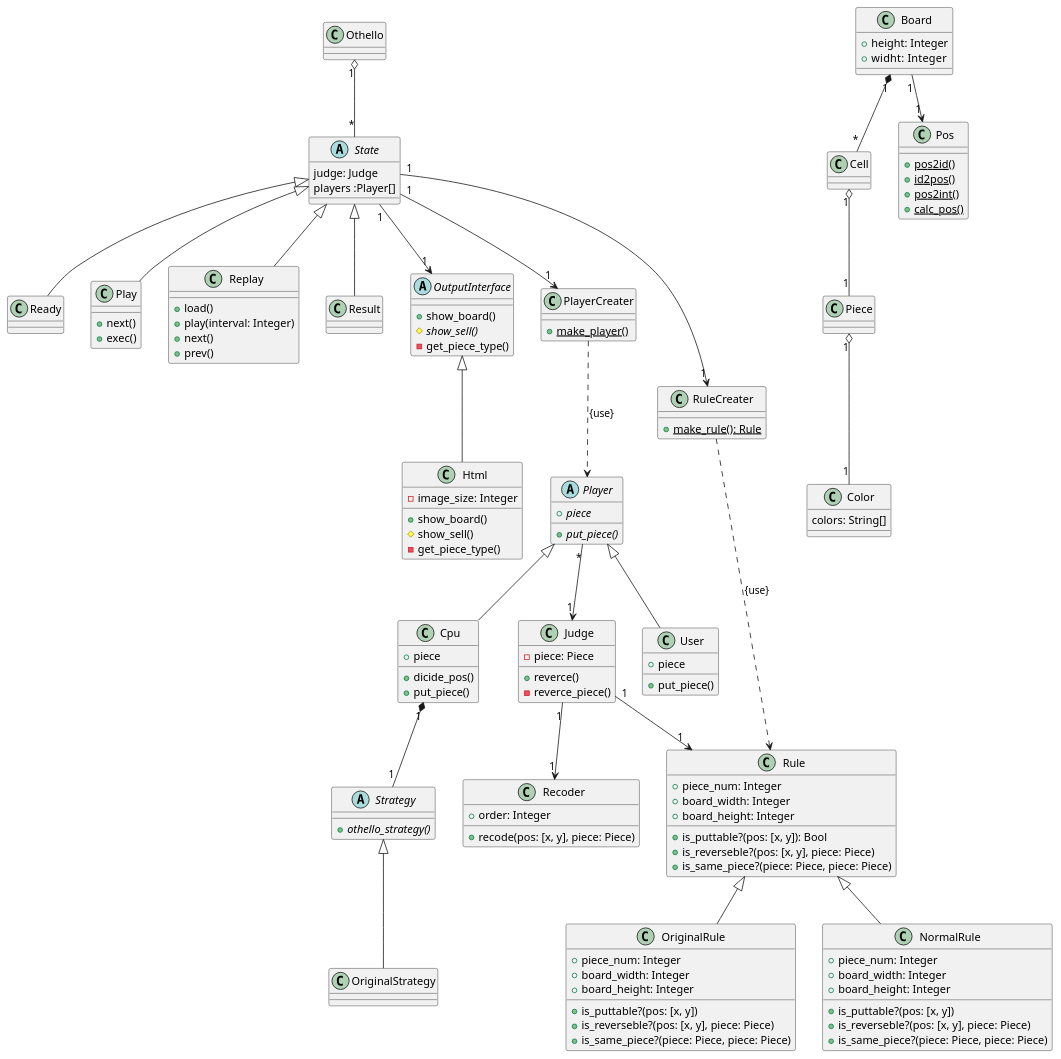
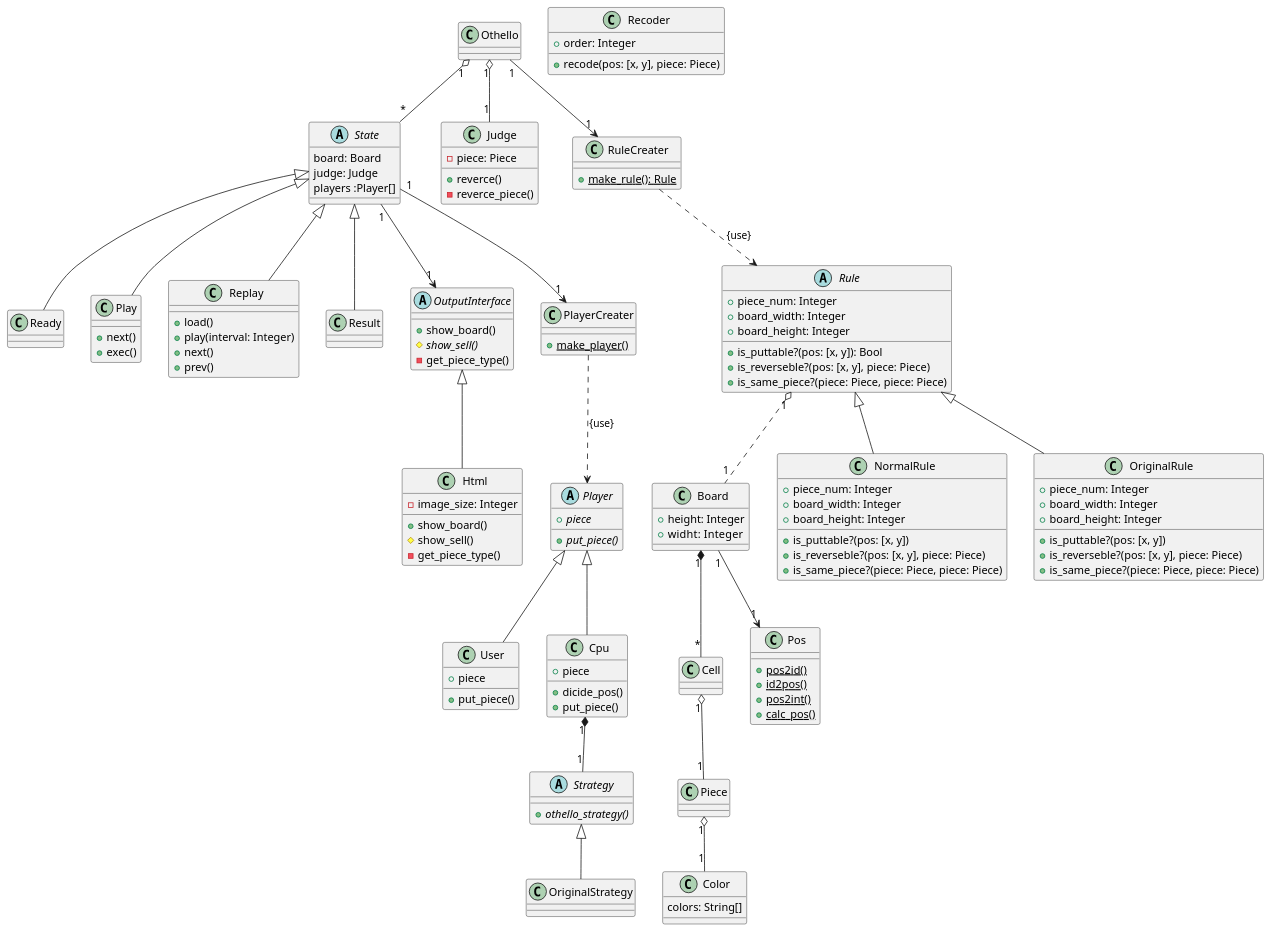
Before and after one commit to MaxMEllon/AppBox: the diagram in uml/othello.pu, drawn with PlantUML. The commit also changed 1 other file, not shown here.

Commit message:
edit: uml

```diff
--- a/uml/othello.pu
+++ b/uml/othello.pu
@@ -1,182 +1,182 @@
 @startuml{othello.png}
 
 class Othello {
 }
 
 abstract State {
+  board: Board
   judge: Judge
   players :Player[]
 }
 
 class Board {
   +height: Integer
   +widht:  Integer
 }
 
 class Cell {
 }
 
 class Piece {
 }
 
 class Piece {
 }
 
 class Color {
   colors: String[]
 }
 
 class Pos {
   +{static} pos2id()
   +{static} id2pos()
   +{static} pos2int()
   +{static} calc_pos()
 }
 
 class Ready {
 }
 
 class Play {
   +next()
   +exec()
 }
 
 class Replay {
   +load()
   +play(interval: Integer)
   +next()
   +prev()
 }
 
 class Result {
 }
 
 ' Outputinterface {{{
 abstract OutputInterface {
   +show_board()
   #{abstract} show_sell()
   -get_piece_type()
 }
 
 class Html {
   -image_size: Integer
 
   +show_board()
   #show_sell()
   -get_piece_type()
 }
 ' }}}
 
 ' Player {{{
 abstract Player {
   +{abstract} piece
   +{abstract} put_piece()
 }
 
 class User {
   +piece
   +put_piece()
 }
 
 class Cpu {
   +piece
   +dicide_pos()
   +put_piece()
 }
 
 abstract Strategy {
   +{abstract} othello_strategy()
 }
 class OriginalStrategy {
 
 }
 
 class PlayerCreater {
   +{static} make_player()
 }
 ' }}}
 
 class Judge {
   -piece: Piece
   +reverce()
   -reverce_piece()
 }
 
 ' Rule {{{
-class Rule {
+abstract Rule {
   +piece_num: Integer
   +board_width: Integer
   +board_height: Integer
 
   +is_puttable?(pos: [x, y]): Bool
   +is_reverseble?(pos: [x, y], piece: Piece)
   +is_same_piece?(piece: Piece, piece: Piece)
 }
 
 class NormalRule {
   +piece_num: Integer
   +board_width: Integer
   +board_height: Integer
 
   +is_puttable?(pos: [x, y])
   +is_reverseble?(pos: [x, y], piece: Piece)
   +is_same_piece?(piece: Piece, piece: Piece)
 }
 
 class OriginalRule {
   +piece_num: Integer
   +board_width: Integer
   +board_height: Integer
 
   +is_puttable?(pos: [x, y])
   +is_reverseble?(pos: [x, y], piece: Piece)
   +is_same_piece?(piece: Piece, piece: Piece)
 }
 
 class Recoder {
   +order: Integer
   +recode(pos: [x, y], piece: Piece)
 }
 
 class RuleCreater {
   +{static} make_rule(): Rule
 }
 
 ' }}}
 
 ' 関連 {{{
 Othello "1" o-- "*" State
+Othello "1" o-- "1" Judge
+Othello "1" --> "1" RuleCreater
 
 State <|-- Ready
 State <|-- Play
 State <|-- Replay
 State <|-- Result
 
 State "1" --> "1" PlayerCreater
-State "1" --> "1" RuleCreater
 State "1" --> "1" OutputInterface
 
 Board "1" --> "1" Pos
 Board "1" *-- "*" Cell
 
 RuleCreater ..> Rule : {use}
 Rule <|-- NormalRule
 Rule <|-- OriginalRule
+Rule "1" o.. "1" Board
 
 PlayerCreater ..> Player : {use}
 Player <|-- User
 Player <|-- Cpu
-Player "*" --> "1" Judge
 
-Judge "1" --> "1" Rule
-Judge "1" --> "1" Recoder
 Cpu "1" *-- "1" Strategy
 Strategy <|-- OriginalStrategy
 
 Cell  "1" o-- "1" Piece
 Piece "1" o-- "1" Color
 
 OutputInterface <|-- Html
 ' }}}
 
 @enduml
```
